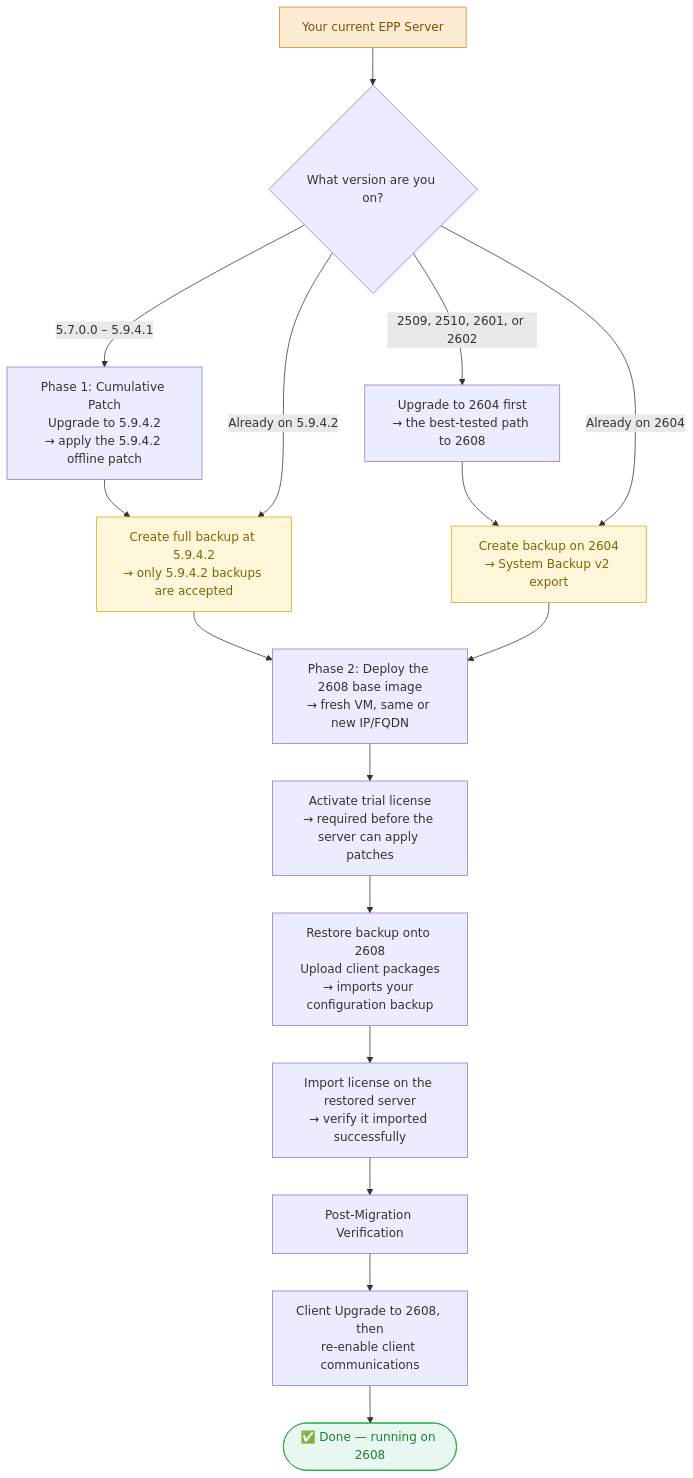
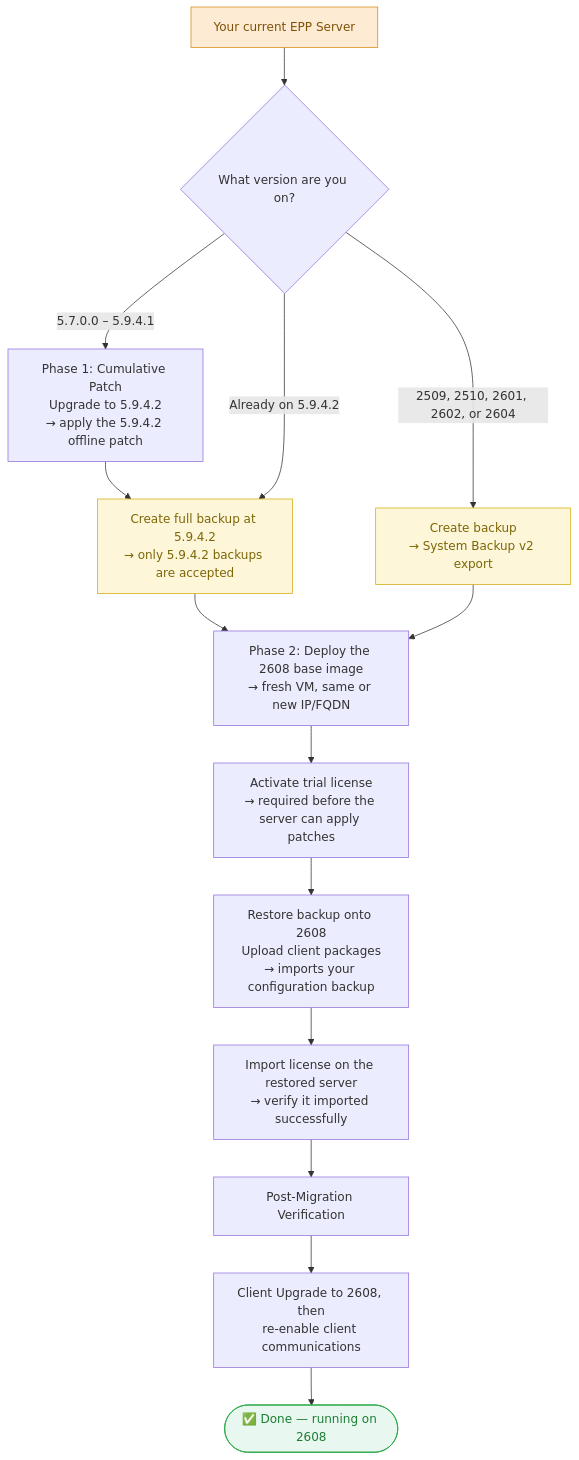
Before and after one commit to netwrix/docs: the diagram in docs/endpointprotector/install/migrationprocedure/migrationguide.md, drawn with Mermaid. The commit also changed other lines of this file and 7 other files, not shown here.

````diff
--- a/docs/endpointprotector/install/migrationprocedure/migrationguide.md
+++ b/docs/endpointprotector/install/migrationprocedure/migrationguide.md
@@ -45,30 +49,28 @@
 ```mermaid
 flowchart TD
     Start["Your current EPP Server"] --> Q{"What version are you on?"}
 
     Q -->|"5.7.0.0 – 5.9.4.1"| Patch["Phase 1: Cumulative Patch<br/>Upgrade to 5.9.4.2<br/>→ apply the 5.9.4.2 offline patch"]
     Patch --> Backup1["Create full backup at 5.9.4.2<br/>→ only 5.9.4.2 backups are accepted"]
     Q -->|"Already on 5.9.4.2"| Backup1
 
-    Q -->|"2509, 2510, 2601, or 2602"| Recommend["Upgrade to 2604 first<br/>→ the best-tested path to 2608"]
-    Recommend --> Backup2["Create backup on 2604<br/>→ System Backup v2 export"]
-    Q -->|"Already on 2604"| Backup2
+    Q -->|"2509, 2510, 2601, 2602, or 2604"| Backup2["Create backup<br/>→ System Backup v2 export"]
 
     Backup1 --> Deploy["Phase 2: Deploy the 2608 base image<br/>→ fresh VM, same or new IP/FQDN"]
     Backup2 --> Deploy
 
     Deploy --> Trial["Activate trial license<br/>→ required before the server can apply patches"]
     Trial --> Restore["Restore backup onto 2608<br/>Upload client packages<br/>→ imports your configuration backup"]
     Restore --> License["Import license on the restored server<br/>→ verify it imported successfully"]
     License --> Verify["Post-Migration Verification"]
     Verify --> ClientUpgrade["Client Upgrade to 2608, then<br/>re-enable client communications"]
     ClientUpgrade --> Done(["✅ Done — running on 2608"])
 
     classDef startPoint fill:#fdebd3,stroke:#d68910,color:#7e5109
     classDef upgraded fill:#e8f8f0,stroke:#28a745,color:#1e7e34
     classDef backup fill:#fdf6d8,stroke:#d4ac0d,color:#7d6608
 
     class Start startPoint
     class Backup1,Backup2 backup
     class Done upgraded
 ```
````
